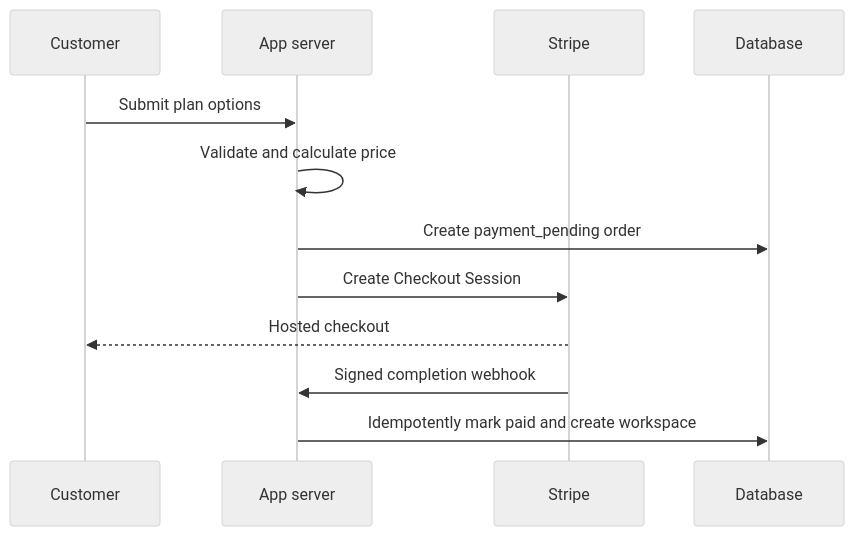
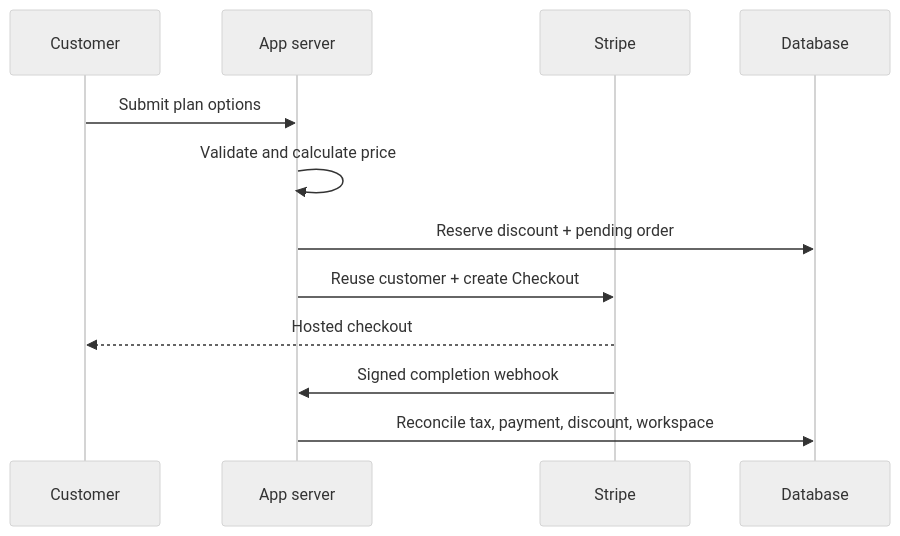
The second of 2 diagrams in docs/ARCHITECTURE.md (mohamadreza121/Dota2Boost), drawn with Mermaid (neutral theme) before and after one commit. The commit also changed other lines of this file and 82 other files, not shown here.

````diff
--- a/docs/ARCHITECTURE.md
+++ b/docs/ARCHITECTURE.md
@@ -37,14 +37,14 @@
 ```mermaid
 sequenceDiagram
     participant C as Customer
     participant A as App server
     participant S as Stripe
     participant D as Database
     C->>A: Submit plan options
     A->>A: Validate and calculate price
-    A->>D: Create payment_pending order
-    A->>S: Create Checkout Session
+    A->>D: Reserve discount + pending order
+    A->>S: Reuse customer + create Checkout
     S-->>C: Hosted checkout
     S->>A: Signed completion webhook
-    A->>D: Idempotently mark paid and create workspace
+    A->>D: Reconcile tax, payment, discount, workspace
 ```
````
